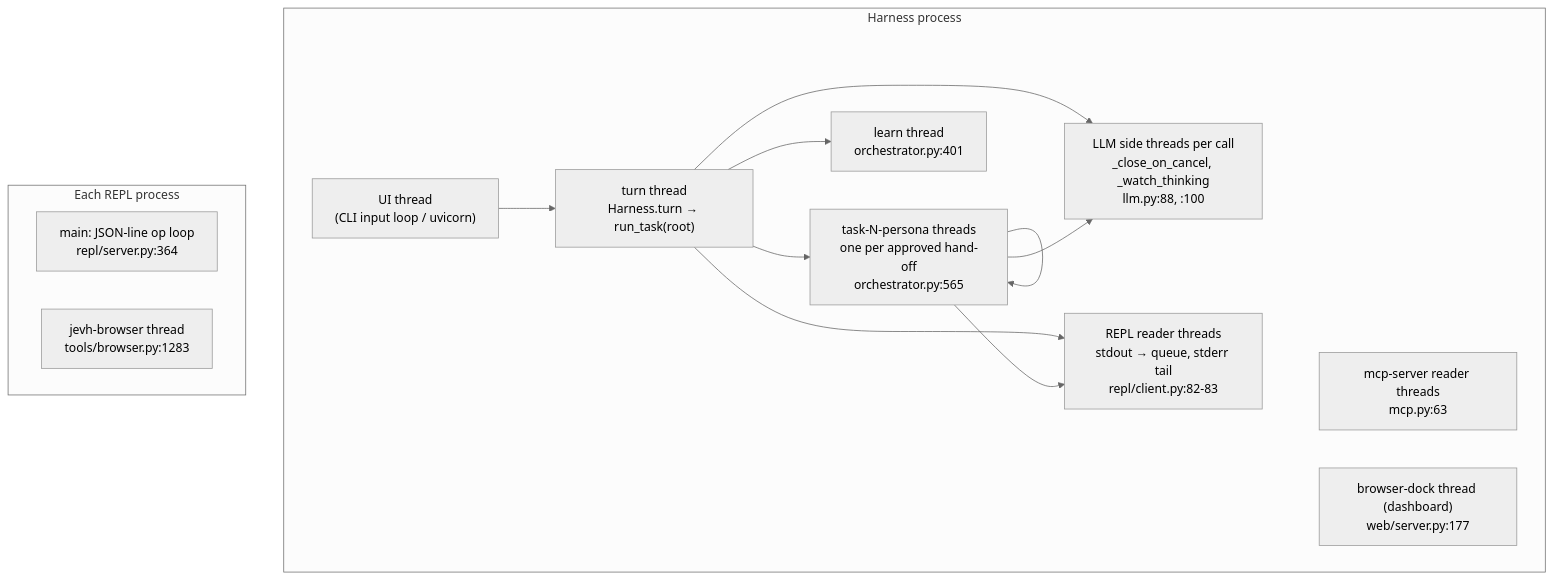
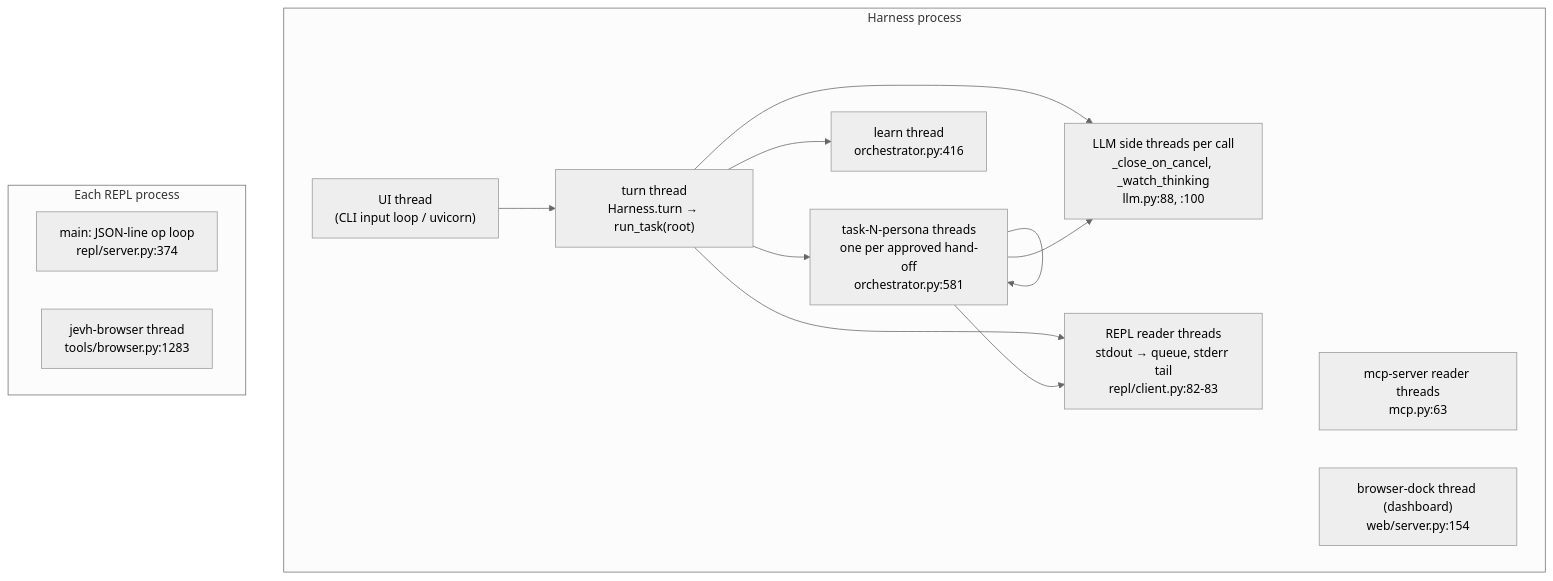
The second of 2 diagrams in docs/architecture/README.md (slumpsod/jev-harness), drawn with Mermaid (neutral theme) before and after one commit. The commit also changed other lines of this file and 13 other files, not shown here.

First line of the commit message:
Architecture docs: catch up with main (failure log, session review, refinement)

````diff
--- a/docs/architecture/README.md
+++ b/docs/architecture/README.md
@@ -137,25 +162,25 @@
 ```mermaid
 flowchart TB
   subgraph main["Harness process"]
     T0["UI thread<br/>(CLI input loop / uvicorn)"]
     TT["turn thread<br/>Harness.turn → run_task(root)"]
-    TK["task-N-persona threads<br/>one per approved hand-off<br/>orchestrator.py:565"]
-    TL["learn thread<br/>orchestrator.py:401"]
+    TK["task-N-persona threads<br/>one per approved hand-off<br/>orchestrator.py:581"]
+    TL["learn thread<br/>orchestrator.py:416"]
     TC["LLM side threads per call<br/>_close_on_cancel, _watch_thinking<br/>llm.py:88, :100"]
     TR["REPL reader threads<br/>stdout → queue, stderr tail<br/>repl/client.py:82-83"]
     TM["mcp-server reader threads<br/>mcp.py:63"]
-    TD["browser-dock thread (dashboard)<br/>web/server.py:177"]
+    TD["browser-dock thread (dashboard)<br/>web/server.py:154"]
   end
   subgraph repl["Each REPL process"]
-    RM["main: JSON-line op loop<br/>repl/server.py:364"]
+    RM["main: JSON-line op loop<br/>repl/server.py:374"]
     RB["jevh-browser thread<br/>tools/browser.py:1283"]
   end
   T0 --> TT
   TT --> TK
   TK --> TK
   TT --> TL
   TT --> TC
   TK --> TC
   TT --> TR
   TK --> TR
 ```
````
